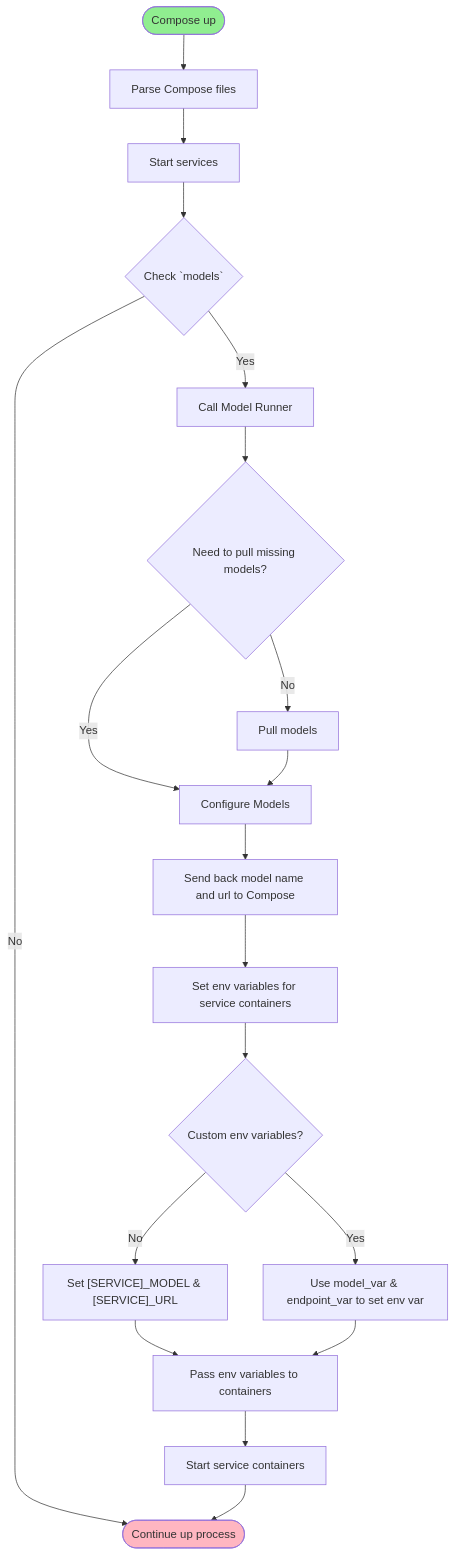
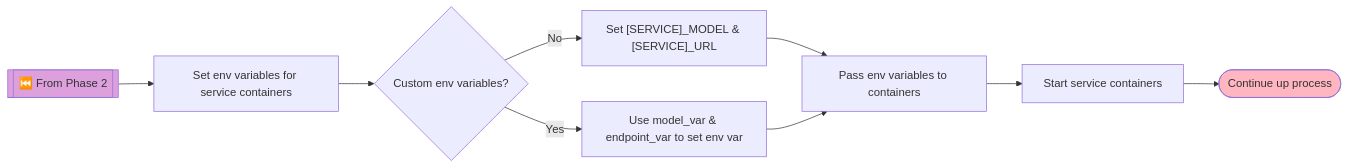
The third of 3 diagrams in deck/300-DOCKERIZE-GENAI-APP/002-attach-models-to-services.md (Compose-and-Dragons/dungeon.v1), drawn with Mermaid before and after one commit. The commit also changed other lines of this file and 2 other files, not shown here.

Commit message:
📝 Add or update documentation: mermaid display and marpit slides

````diff
--- a/deck/300-DOCKERIZE-GENAI-APP/002-attach-models-to-services.md
+++ b/deck/300-DOCKERIZE-GENAI-APP/002-attach-models-to-services.md
@@ -50,24 +83,14 @@
-```mermaid
-flowchart TD
-    Start([Compose up]) --> ParseCompose[Parse Compose files]
-    ParseCompose --> ComposeStartService[Start services]
-    ComposeStartService --> CheckModels{"Check `models` "}
-    CheckModels -->|No| ContinueComposeUP(["Continue up process"])
-    CheckModels --> |Yes| CallMDR[Call Model Runner]
-    CallMDR --> CheckPull{"Need to pull missing models?"}
-    CheckPull --> |No| PullModels[Pull models]
-    CheckPull --> |Yes| ConfigureModels[Configure Models]
-    PullModels --> ConfigureModels
-    ConfigureModels --> SendInfoCompose[Send back model name and url to Compose]
-    SendInfoCompose --> PrepareEnvForService[Set env variables for service containers]
+<div class="mermaid">
+flowchart LR
+    PreviousPhase[["⏮️ From Phase 2"]] --> PrepareEnvForService[Set env variables for service containers]
     PrepareEnvForService --> CheckCustomEnv{"Custom env variables?"}
-    CheckCustomEnv --> |No| SetDefaultEnv["Set [SERVICE]_MODEL & [SERVICE]_URL"]
-    CheckCustomEnv --> |Yes| SetCustomEnv["Use model_var & endpoint_var to set env var"]
+    CheckCustomEnv -->|No| SetDefaultEnv["Set [SERVICE]_MODEL & [SERVICE]_URL"]
+    CheckCustomEnv -->|Yes| SetCustomEnv["Use model_var & endpoint_var to set env var"]
     SetDefaultEnv --> PassEnvsToContainers[Pass env variables to containers]
     SetCustomEnv --> PassEnvsToContainers
     PassEnvsToContainers --> StartServices[Start service containers]
-    StartServices --> ContinueComposeUP
-    
-    style Start fill:#90EE90
+    StartServices --> ContinueComposeUP(["Continue up process"])
+
+    style PreviousPhase fill:#DDA0DD
     style ContinueComposeUP fill:#FFB6C1
-```
+</div>
````
